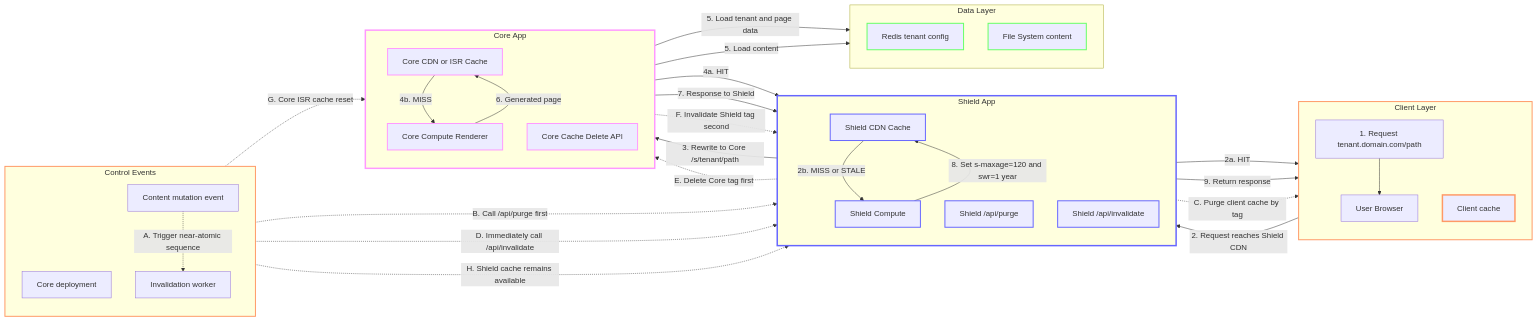
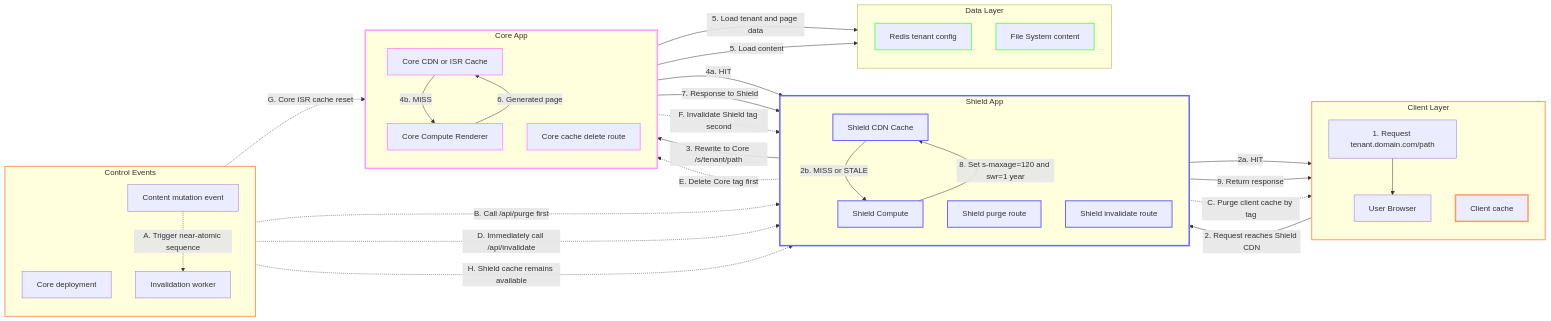
Before and after one commit to vercel-labs/isr-platform-shield: the first of 8 diagrams in docs/ARCHITECTURE.md, drawn with Mermaid. The commit also changed other lines of this file, not shown here.

Commit message:
Refine terminology in ARCHITECTURE.md by replacing API route references with clearer descriptions and adding a route mapping section for better understanding of the request flow.

````diff
--- a/docs/ARCHITECTURE.md
+++ b/docs/ARCHITECTURE.md
@@ -24,76 +24,76 @@
 ```mermaid
 flowchart LR
     subgraph SH[Shield App]
         direction TB
         SC[Shield CDN Cache]
         SN[Shield Compute]
-        SP[Shield /api/purge]
-        SI[Shield /api/invalidate]
+        SP["Shield purge route"]
+        SI["Shield invalidate route"]
     end
 
     subgraph CO[Core App]
         direction TB
         CC[Core CDN or ISR Cache]
         CN[Core Compute Renderer]
-        CI[Core Cache Delete API]
+        CI["Core cache delete route"]
     end
 
     subgraph DA[Data Layer]
         direction TB
         R[Redis tenant config]
         FS[File System content]
     end
 
     subgraph CL[Client Layer]
         direction TB
         RQ[1. Request tenant.domain.com/path]
         U[User Browser]
         CQ[Client cache]
         RQ --> U
     end
 
     subgraph CP[Control Events]
         direction TB
         DEP[Core deployment]
         MUT[Content mutation event]
         ORC[Invalidation worker]
     end
 
     U -->|2. Request reaches Shield CDN| SC
     SC -->|2a. HIT| U
     SC -->|2b. MISS or STALE| SN
     SN -->|3. Rewrite to Core /s/tenant/path| CC
     CC -->|4a. HIT| SN
     CC -->|4b. MISS| CN
     CN -->|5. Load tenant and page data| R
     CN -->|5. Load content| FS
     CN -->|6. Generated page| CC
     CC -->|7. Response to Shield| SN
     SN -->|8. Set s-maxage=120 and swr=1 year| SC
     SC -->|9. Return response| U
 
     MUT -.->|A. Trigger near-atomic sequence| ORC
     ORC -.->|B. Call /api/purge first| SP
     SP -.->|C. Purge client cache by tag| CQ
     ORC -.->|D. Immediately call /api/invalidate| SI
     SI -.->|E. Delete Core tag first| CI
     CI -.->|F. Invalidate Shield tag second| SC
 
     DEP -.->|G. Core ISR cache reset| CC
     DEP -.->|H. Shield cache remains available| SC
 
     style SH stroke:#66f,stroke-width:3px
     style SC stroke:#66f,stroke-width:2px
     style SN stroke:#66f,stroke-width:2px
     style SP stroke:#66f,stroke-width:2px
     style SI stroke:#66f,stroke-width:2px
     style CO stroke:#f9f,stroke-width:3px
     style CC stroke:#f9f,stroke-width:2px
     style CN stroke:#f9f,stroke-width:2px
     style CI stroke:#f9f,stroke-width:2px
     style CL stroke:#f96,stroke-width:2px
     style CQ stroke:#f96,stroke-width:3px
     style R stroke:#6f6,stroke-width:2px
     style FS stroke:#6f6,stroke-width:2px
     style CP stroke:#f96,stroke-width:2px
 ```
````
